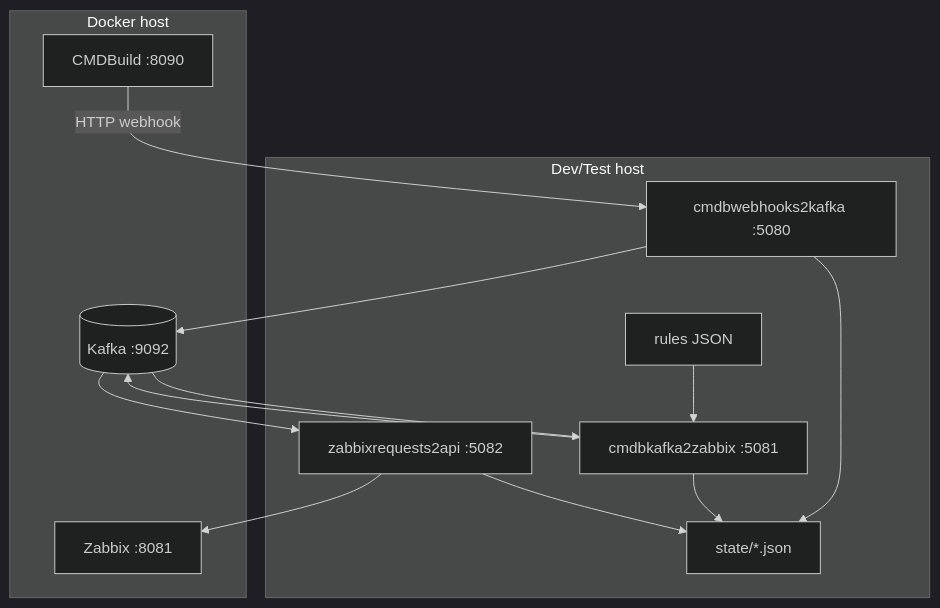
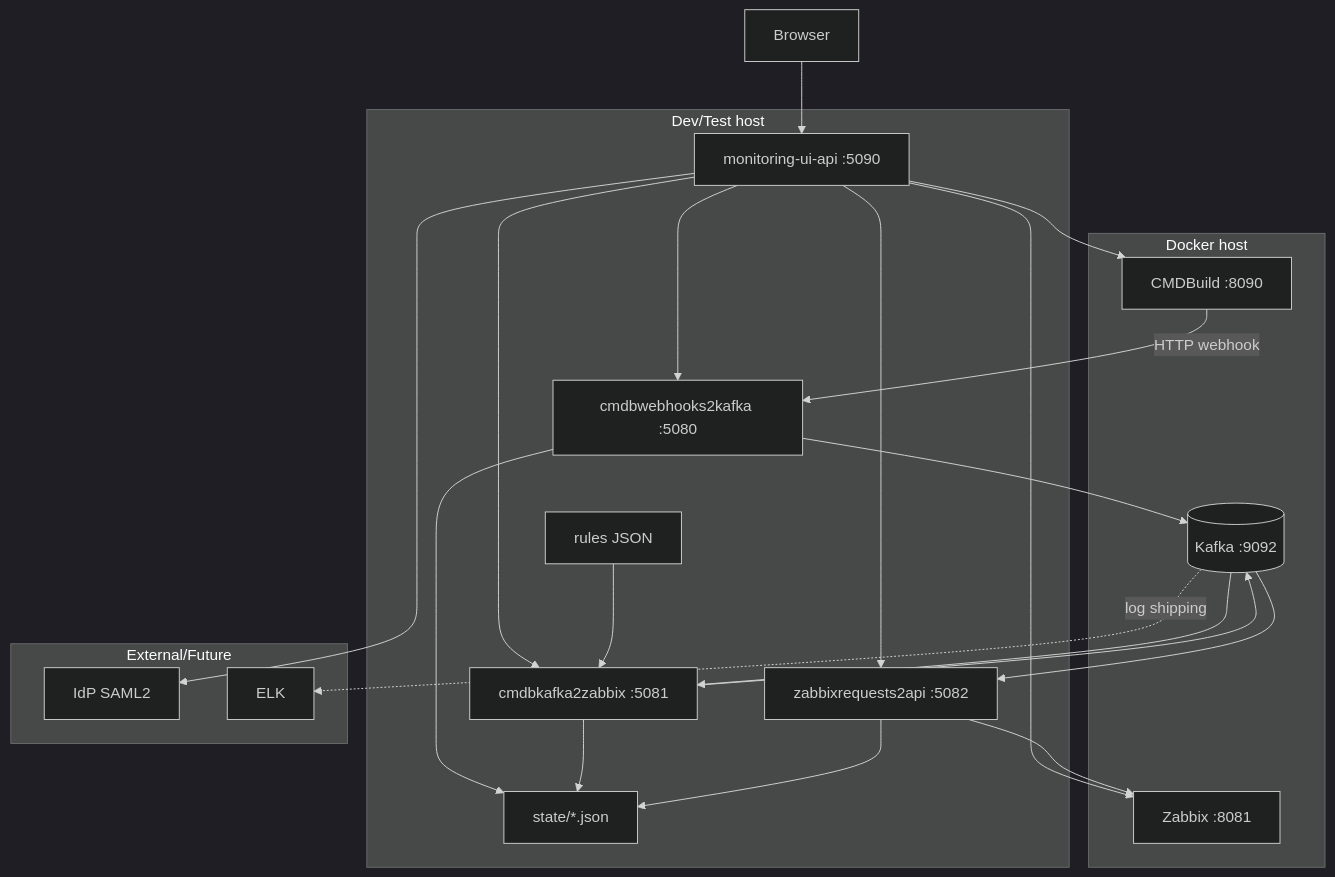
Before and after one commit to igorlyapin-max/cmdb2monitoring: the diagram in aa/deployment-test.mmd, drawn with Mermaid (dark theme). The commit also changed 16 other files, not shown here.

Commit message:
Update project architecture documentation

```diff
--- a/aa/deployment-test.mmd
+++ b/aa/deployment-test.mmd
@@ -1,25 +1,39 @@
 flowchart TB
     subgraph devhost[Dev/Test host]
+        monui[monitoring-ui-api :5090]
         wh[cmdbwebhooks2kafka :5080]
         conv[cmdbkafka2zabbix :5081]
         api[zabbixrequests2api :5082]
         rules[rules JSON]
         state[state/*.json]
     end
 
     subgraph docker[Docker host]
         kafka[(Kafka :9092)]
         cmdb[CMDBuild :8090]
         zbx[Zabbix :8081]
     end
 
+    subgraph external[External/Future]
+        idp[IdP SAML2]
+        elk[ELK]
+    end
+
+    browser[Browser] --> monui
+    monui --> idp
+    monui --> cmdb
+    monui --> zbx
+    monui --> wh
+    monui --> conv
+    monui --> api
     cmdb -->|HTTP webhook| wh
     wh --> kafka
     kafka --> conv
     rules --> conv
     conv --> kafka
     kafka --> api
     api --> zbx
     wh --> state
     conv --> state
     api --> state
+    kafka -. log shipping .-> elk
```
